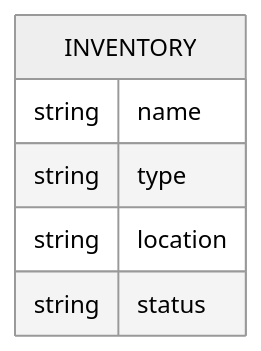
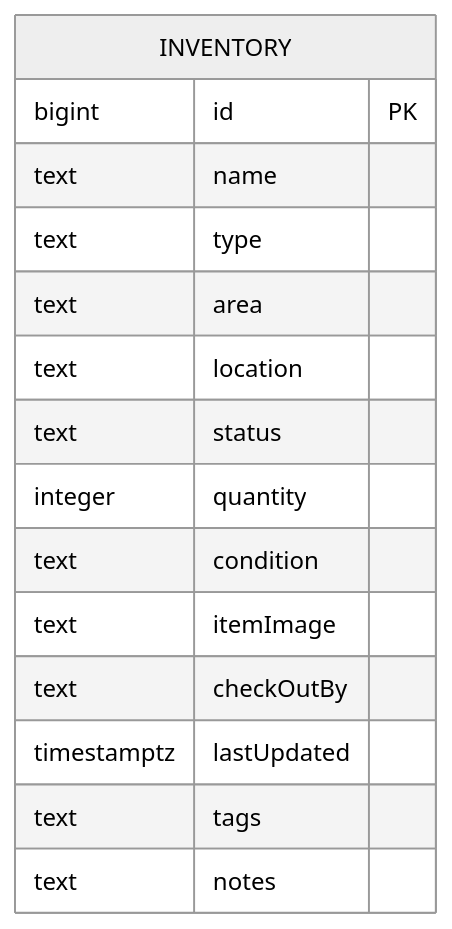
One commit to AugleBoBaugles/spare-pit changed the diagram in README.md. Above: the diagram before and after it, drawn with Mermaid (neutral theme). The commit also changed other lines of this file and 5 other files, not shown here.

````diff
--- a/README.md
+++ b/README.md
@@ -110,10 +219,18 @@
 ```mermaid
 erDiagram
-    INVENTORY 
     INVENTORY {
-        string name
-        string type
-        string location
-        string status
+        bigint id PK
+        text name
+        text type
+        text area
+        text location
+        text status
+        integer quantity
+        text condition
+        text itemImage
+        text checkOutBy
+        timestamptz lastUpdated
+        text tags
+        text notes
     }
 ```
````
